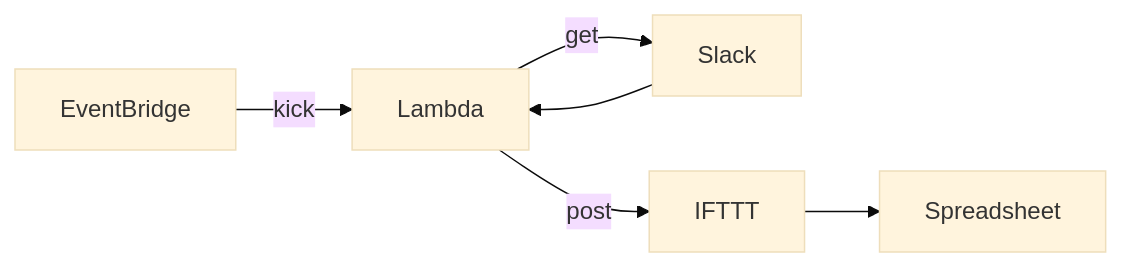
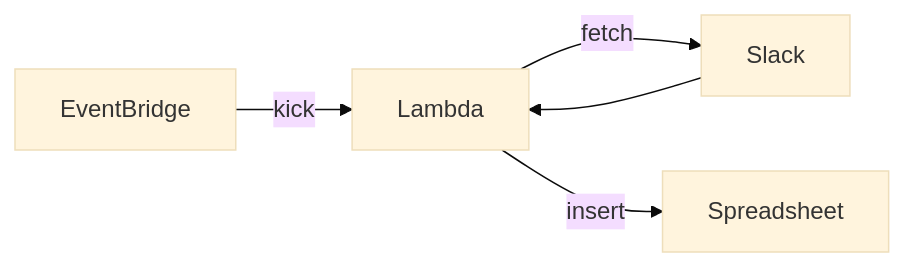
The diagram in README.md (takaiyuk/kakeibo), drawn with Mermaid (base theme) before and after one commit. The commit also changed other lines of this file, not shown here.

````diff
--- a/README.md
+++ b/README.md
@@ -11,8 +11,7 @@
 ```mermaid
 graph LR;
     EventBridge -- kick --> Lambda;
-    Lambda -- get --> Slack
+    Lambda -- fetch --> Slack
     Slack --> Lambda;
-    Lambda -- post --> IFTTT;
-    IFTTT --> Spreadsheet;
+    Lambda -- insert --> Spreadsheet;
 ```
````
